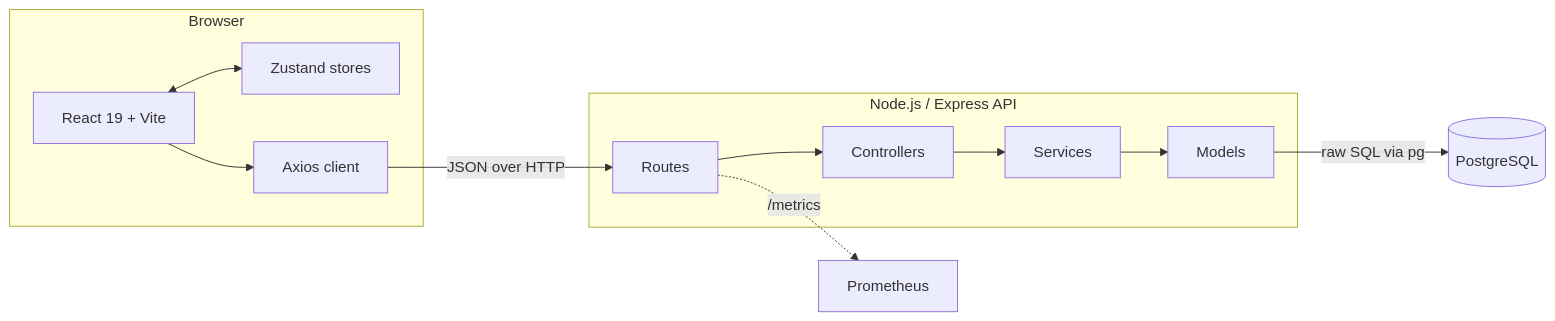
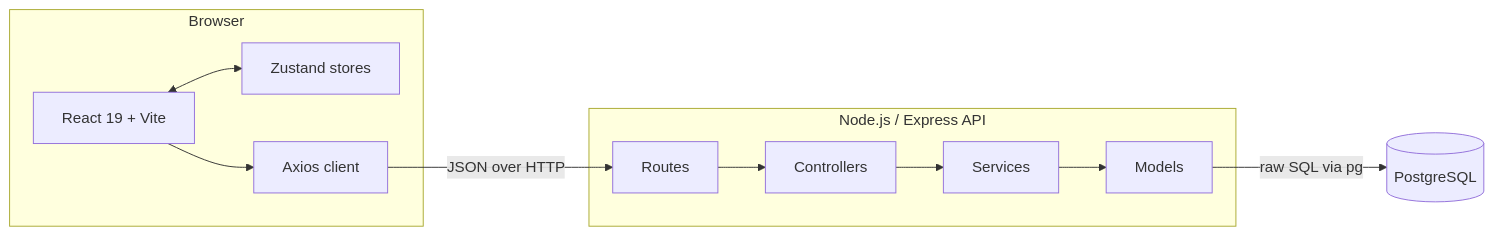
Before and after one commit to zacktiger/Multi-Tenant-Project-Management-System: the first of 4 diagrams in ARCHITECTURE.md, drawn with Mermaid. The commit also changed other lines of this file and 8 other files, not shown here.

First line of the commit message:
remove prometheus metrics instrumentation

````diff
--- a/ARCHITECTURE.md
+++ b/ARCHITECTURE.md
@@ -51,25 +50,23 @@
 ```mermaid
 graph LR
     subgraph Browser
         A[React 19 + Vite]
         B[Zustand stores]
         C[Axios client]
         A <--> B
         A --> C
     end
 
     subgraph "Node.js / Express API"
         D[Routes]
         E[Controllers]
         F[Services]
         G[Models]
         D --> E --> F --> G
     end
 
     H[(PostgreSQL)]
-    I[Prometheus]
 
     C -->|JSON over HTTP| D
     G -->|raw SQL via pg| H
-    D -.->|/metrics| I
 ```
````
